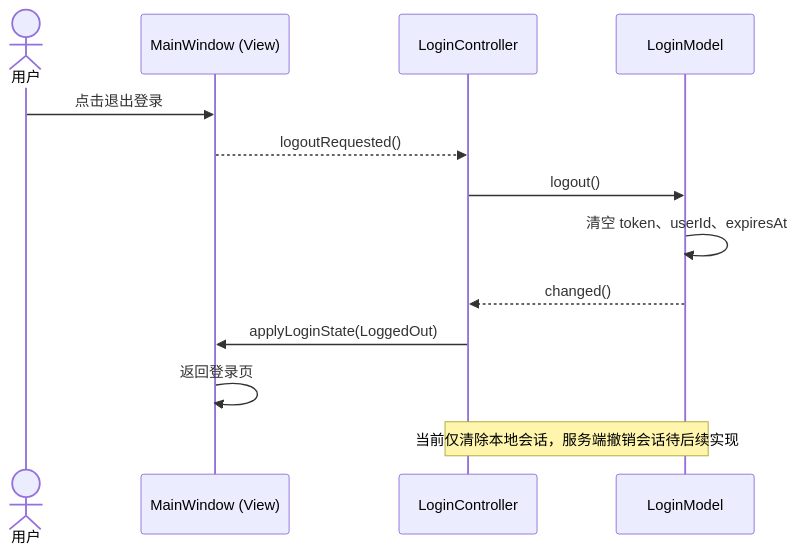
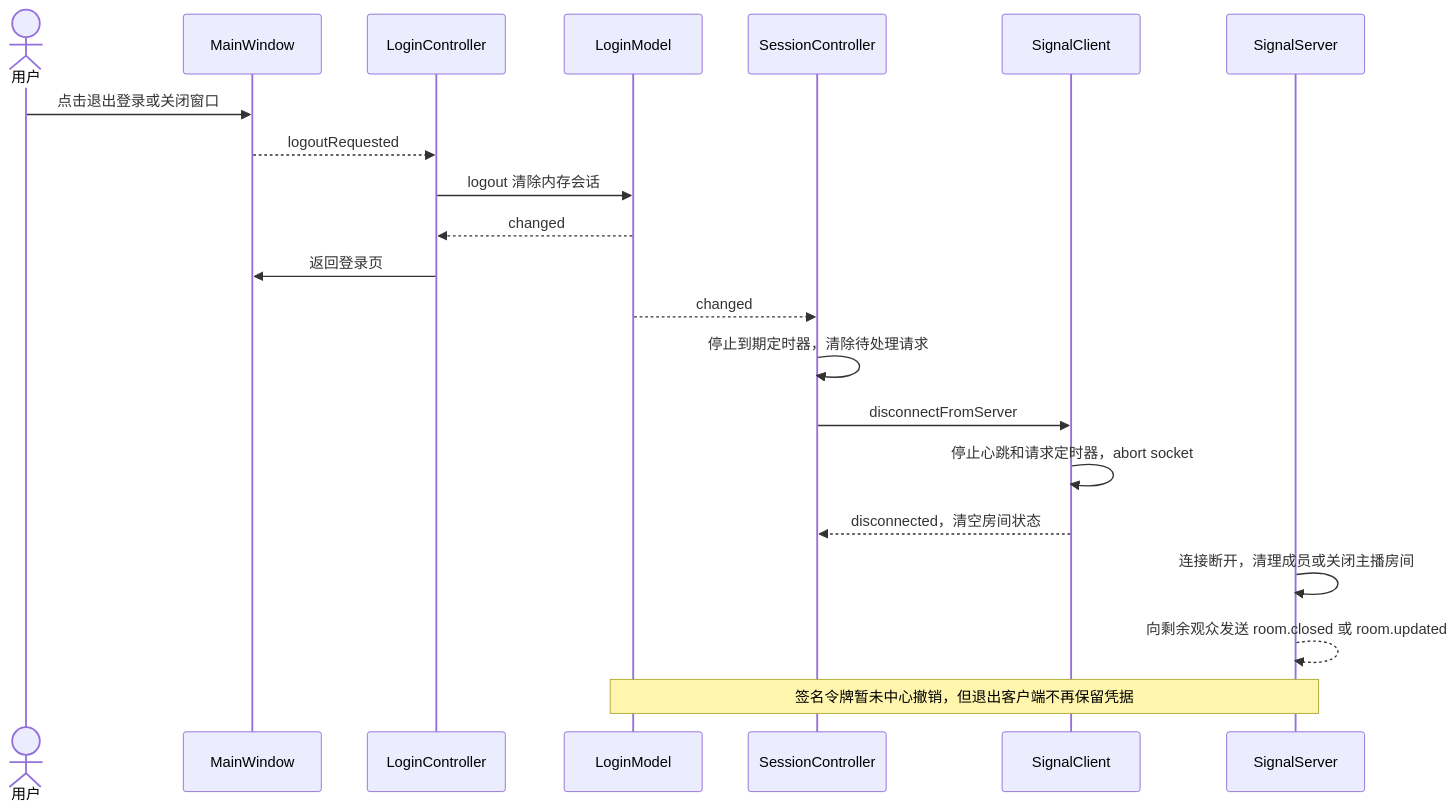
One commit to kingsman-svg/OBS changed the diagram in docs/uml/logout.mmd. Above: the diagram before and after it, drawn with Mermaid. The commit also changed 81 other files, not shown here.

Commit message:
feat(client): add publisher and player MVC workspaces with room signaling

```diff
--- a/docs/uml/logout.mmd
+++ b/docs/uml/logout.mmd
@@ -1,13 +1,21 @@
 sequenceDiagram
 actor U as 用户
-participant V as MainWindow (View)
-participant C as LoginController
+participant V as MainWindow
+participant L as LoginController
 participant M as LoginModel
-U->>V: 点击退出登录
-V-->>C: logoutRequested()
-C->>M: logout()
-M->>M: 清空 token、userId、expiresAt
-M-->>C: changed()
-C->>V: applyLoginState(LoggedOut)
-V->>V: 返回登录页
-Note over C,M: 当前仅清除本地会话，服务端撤销会话待后续实现
+participant C as SessionController
+participant N as SignalClient
+participant S as SignalServer
+U->>V: 点击退出登录或关闭窗口
+V-->>L: logoutRequested
+L->>M: logout 清除内存会话
+M-->>L: changed
+L->>V: 返回登录页
+M-->>C: changed
+C->>C: 停止到期定时器，清除待处理请求
+C->>N: disconnectFromServer
+N->>N: 停止心跳和请求定时器，abort socket
+N-->>C: disconnected，清空房间状态
+S->>S: 连接断开，清理成员或关闭主播房间
+S-->>S: 向剩余观众发送 room.closed 或 room.updated
+Note over M,S: 签名令牌暂未中心撤销，但退出客户端不再保留凭据
```
